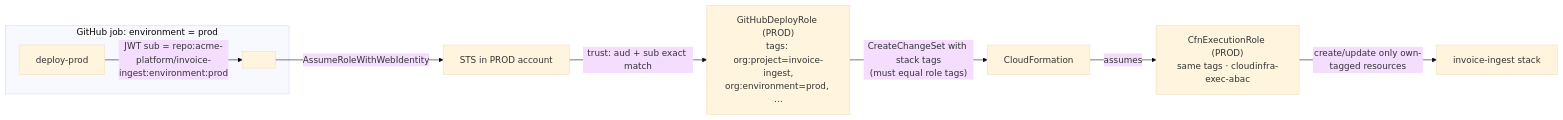
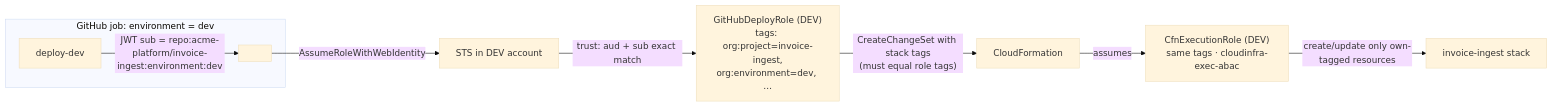
One commit to kulveersingh/CloudInfraAutomation changed the ninth of 16 diagrams in docs/ARCHITECTURE.md. Above: the diagram before and after it, drawn with Mermaid (base theme). The commit also changed other lines of this file and 3 other files, not shown here.

First line of the commit message:
Add full AWS service catalog design, Word document and overview diagram

````diff
--- a/docs/ARCHITECTURE.md
+++ b/docs/ARCHITECTURE.md
@@ -799,11 +935,11 @@
 ```mermaid
 flowchart LR
-  subgraph GHJ["GitHub job: environment = prod"]
-    J["deploy-prod"] -->|"JWT sub = repo:acme-platform/invoice-ingest:environment:prod"| X[" "]
+  subgraph GHJ["GitHub job: environment = dev"]
+    J["deploy-dev"] -->|"JWT sub = repo:acme-platform/invoice-ingest:environment:dev"| X[" "]
   end
-  X -->|"AssumeRoleWithWebIdentity"| STS["STS in PROD account"]
-  STS -->|"trust: aud + sub exact match"| DR["GitHubDeployRole (PROD)<br/>tags: org:project=invoice-ingest,<br/>org:environment=prod, …"]
+  X -->|"AssumeRoleWithWebIdentity"| STS["STS in DEV account"]
+  STS -->|"trust: aud + sub exact match"| DR["GitHubDeployRole (DEV)<br/>tags: org:project=invoice-ingest,<br/>org:environment=dev, …"]
   DR -->|"CreateChangeSet with stack tags<br/>(must equal role tags)"| CFN["CloudFormation"]
-  CFN -->|"assumes"| ER["CfnExecutionRole (PROD)<br/>same tags · cloudinfra-exec-abac"]
+  CFN -->|"assumes"| ER["CfnExecutionRole (DEV)<br/>same tags · cloudinfra-exec-abac"]
   ER -->|"create/update only own-tagged resources"| APP["invoice-ingest stack"]
 ```
````
